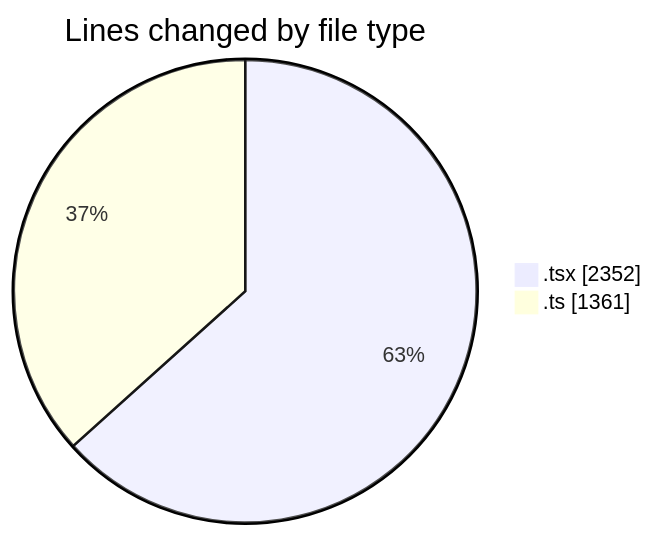
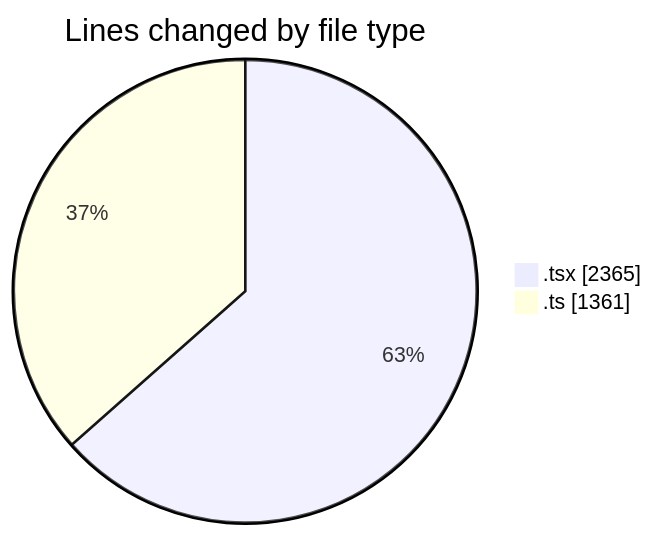
The first of 2 diagrams in 2026-03-06/nxtqube_webapp/README.md (nxtqubesakshisongat/code-tracking), drawn with Mermaid before and after one commit. The commit also changed other lines of this file and 1 other file, not shown here.

````diff
--- a/2026-03-06/nxtqube_webapp/README.md
+++ b/2026-03-06/nxtqube_webapp/README.md
@@ -29,6 +29,6 @@
 ```mermaid
 pie showData
 title Lines changed by file type
-".tsx" : 2352
+".tsx" : 2365
 ".ts" : 1361
 ```
````
